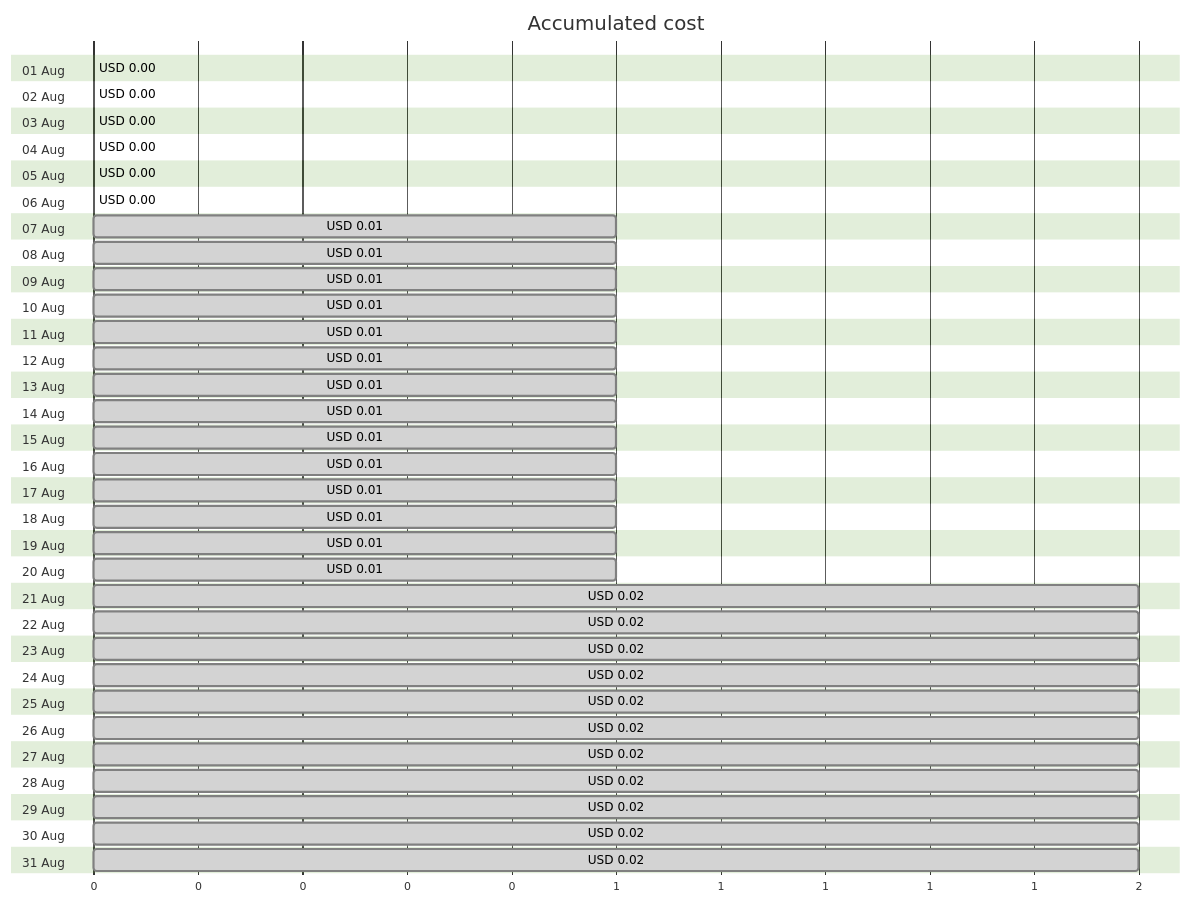
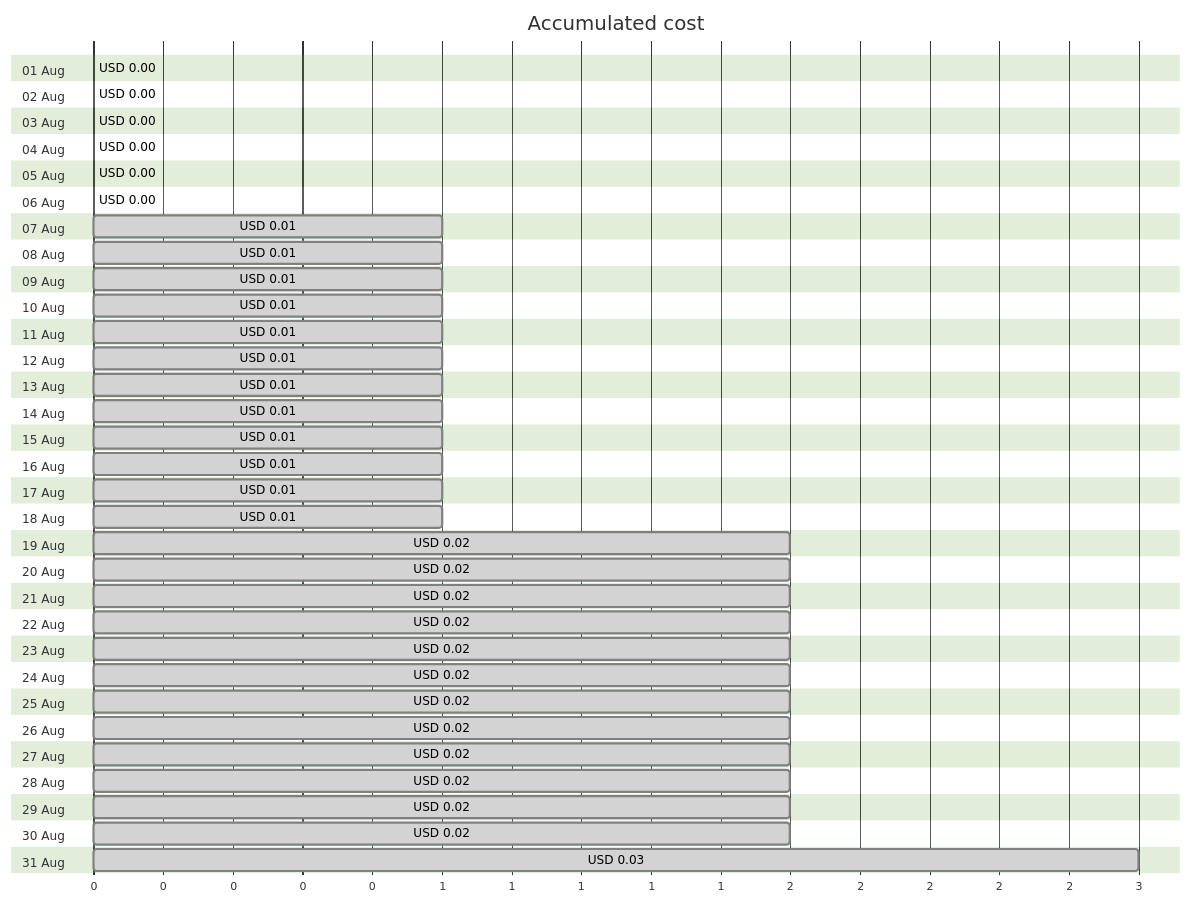
One commit to jpfulton/azure-personal-reports changed the first of 4 diagrams in cost-reports/personal-site/personalsiteapistorage.md. Above: the diagram before and after it, drawn with Mermaid (forest theme). The commit also changed other lines of this file and 6 other files, not shown here.

````diff
--- a/cost-reports/personal-site/personalsiteapistorage.md
+++ b/cost-reports/personal-site/personalsiteapistorage.md
@@ -20,68 +20,68 @@
 ```mermaid
 gantt
    title Accumulated cost
    dateFormat  X
    axisFormat %s
    section 01 Aug
    USD 0.00 :0, 0
    section 02 Aug
-   USD 0.00 : done, 0, 0
+   USD 0.00 :0, 0
    section 03 Aug
    USD 0.00 : done, 0, 0
    section 04 Aug
    USD 0.00 : done, 0, 0
    section 05 Aug
    USD 0.00 : done, 0, 0
    section 06 Aug
    USD 0.00 : done, 0, 0
    section 07 Aug
    USD 0.01 : done, 0, 1
    section 08 Aug
    USD 0.01 : done, 0, 1
    section 09 Aug
    USD 0.01 : done, 0, 1
    section 10 Aug
    USD 0.01 : done, 0, 1
    section 11 Aug
    USD 0.01 : done, 0, 1
    section 12 Aug
    USD 0.01 : done, 0, 1
    section 13 Aug
    USD 0.01 : done, 0, 1
    section 14 Aug
    USD 0.01 : done, 0, 1
    section 15 Aug
    USD 0.01 : done, 0, 1
    section 16 Aug
    USD 0.01 : done, 0, 1
    section 17 Aug
    USD 0.01 : done, 0, 1
    section 18 Aug
    USD 0.01 : done, 0, 1
    section 19 Aug
-   USD 0.01 : done, 0, 1
+   USD 0.02 : done, 0, 2
    section 20 Aug
-   USD 0.01 : done, 0, 1
+   USD 0.02 : done, 0, 2
    section 21 Aug
    USD 0.02 : done, 0, 2
    section 22 Aug
    USD 0.02 : done, 0, 2
    section 23 Aug
    USD 0.02 : done, 0, 2
    section 24 Aug
    USD 0.02 : done, 0, 2
    section 25 Aug
    USD 0.02 : done, 0, 2
    section 26 Aug
    USD 0.02 : done, 0, 2
    section 27 Aug
    USD 0.02 : done, 0, 2
    section 28 Aug
    USD 0.02 : done, 0, 2
    section 29 Aug
    USD 0.02 : done, 0, 2
    section 30 Aug
    USD 0.02 : done, 0, 2
    section 31 Aug
-   USD 0.02 : done, 0, 2
+   USD 0.03 : done, 0, 3
 ```
````
